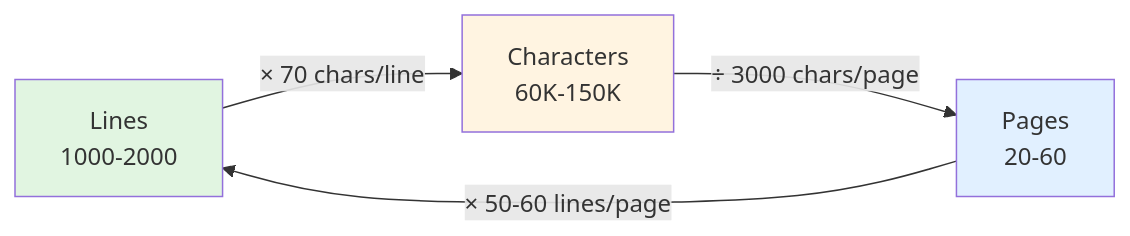
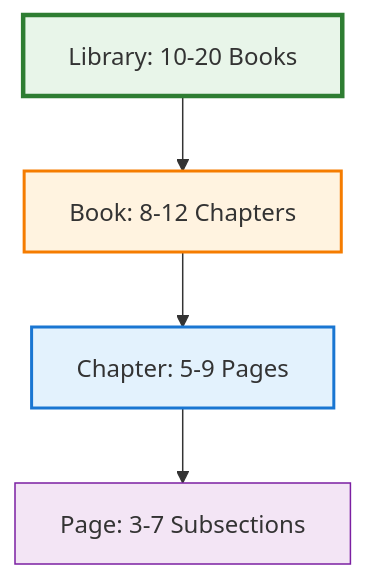
One commit to ProfessorSeanEX/CreativeWorkzStudio_Kingdom_Technology changed diagram 11 of 15 in The-Mini-Book-Theory.md. Above: the diagram before and after it, drawn with Mermaid. The commit also changed other lines of this file and 83 other files, not shown here.

````diff
--- a/The-Mini-Book-Theory.md
+++ b/The-Mini-Book-Theory.md
@@ -491,10 +3062,9 @@
 ```mermaid
-graph LR
-    A[Lines<br/>1000-2000] -->|× 70 chars/line| B[Characters<br/>60K-150K]
-    B -->|÷ 3000 chars/page| C[Pages<br/>20-60]
-    C -->|× 50-60 lines/page| A
-    
-    style A fill:#e1f5e1
-    style B fill:#fff4e1
-    style C fill:#e1f0ff
+graph TD
+    A[Library: 10-20 Books] --> B[Book: 8-12 Chapters] --> C[Chapter: 5-9 Pages] --> D[Page: 3-7 Subsections]
+
+    style A fill:#e8f5e9,stroke:#2e7d32,stroke-width:3px
+    style B fill:#fff3e0,stroke:#f57c00,stroke-width:2px
+    style C fill:#e3f2fd,stroke:#1976d2,stroke-width:2px
+    style D fill:#f3e5f5,stroke:#7b1fa2
 ```
````
